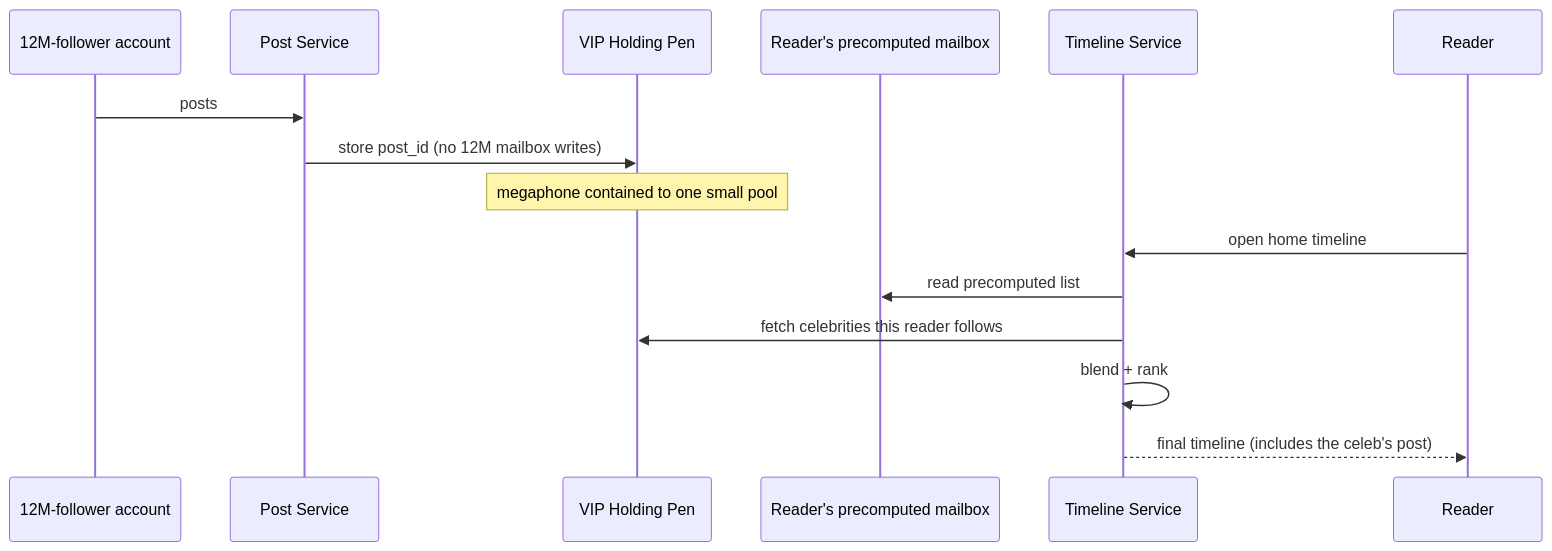
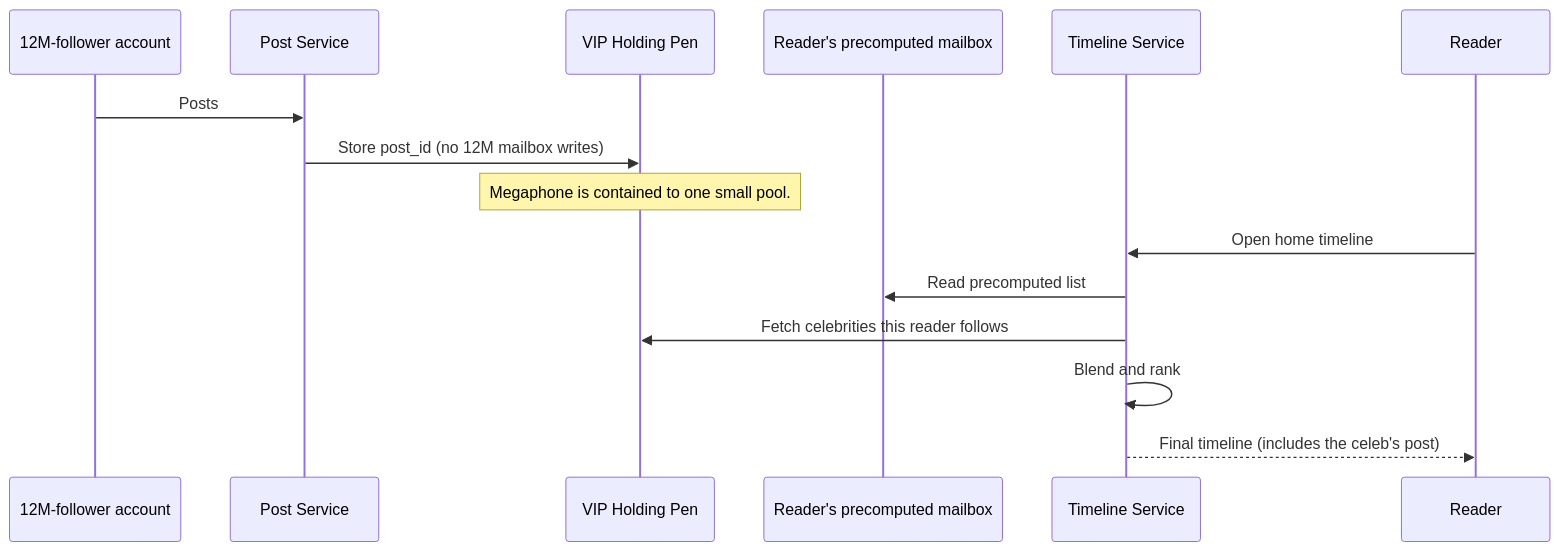
One commit to riyaz-pasha/Learnings changed the fourth of 16 diagrams in system-design/HLD/0-course/31-Design Twitter-FAANG-Guide-story.md. Above: the diagram before and after it, drawn with Mermaid. The commit also changed other lines of this file and 1 other file, not shown here.

Commit message:
[REWRITE] Design Twitter story guide: simplify prose, add structure, fix diagrams

````diff
--- a/system-design/HLD/0-course/31-Design Twitter-FAANG-Guide-story.md
+++ b/system-design/HLD/0-course/31-Design Twitter-FAANG-Guide-story.md
@@ -89,19 +179,19 @@
 ```mermaid
 sequenceDiagram
     participant Celeb as 12M-follower account
     participant TS as Post Service
     participant Pen as VIP Holding Pen
     participant Mailbox as Reader's precomputed mailbox
     participant TL as Timeline Service
     participant Reader
 
-    Celeb->>TS: posts
-    TS->>Pen: store post_id (no 12M mailbox writes)
-    Note over Pen: megaphone contained to one small pool
+    Celeb->>TS: Posts
+    TS->>Pen: Store post_id (no 12M mailbox writes)
+    Note over Pen: Megaphone is contained to one small pool.
 
-    Reader->>TL: open home timeline
-    TL->>Mailbox: read precomputed list
-    TL->>Pen: fetch celebrities this reader follows
-    TL->>TL: blend + rank
-    TL-->>Reader: final timeline (includes the celeb's post)
+    Reader->>TL: Open home timeline
+    TL->>Mailbox: Read precomputed list
+    TL->>Pen: Fetch celebrities this reader follows
+    TL->>TL: Blend and rank
+    TL-->>Reader: Final timeline (includes the celeb's post)
 ```
````
